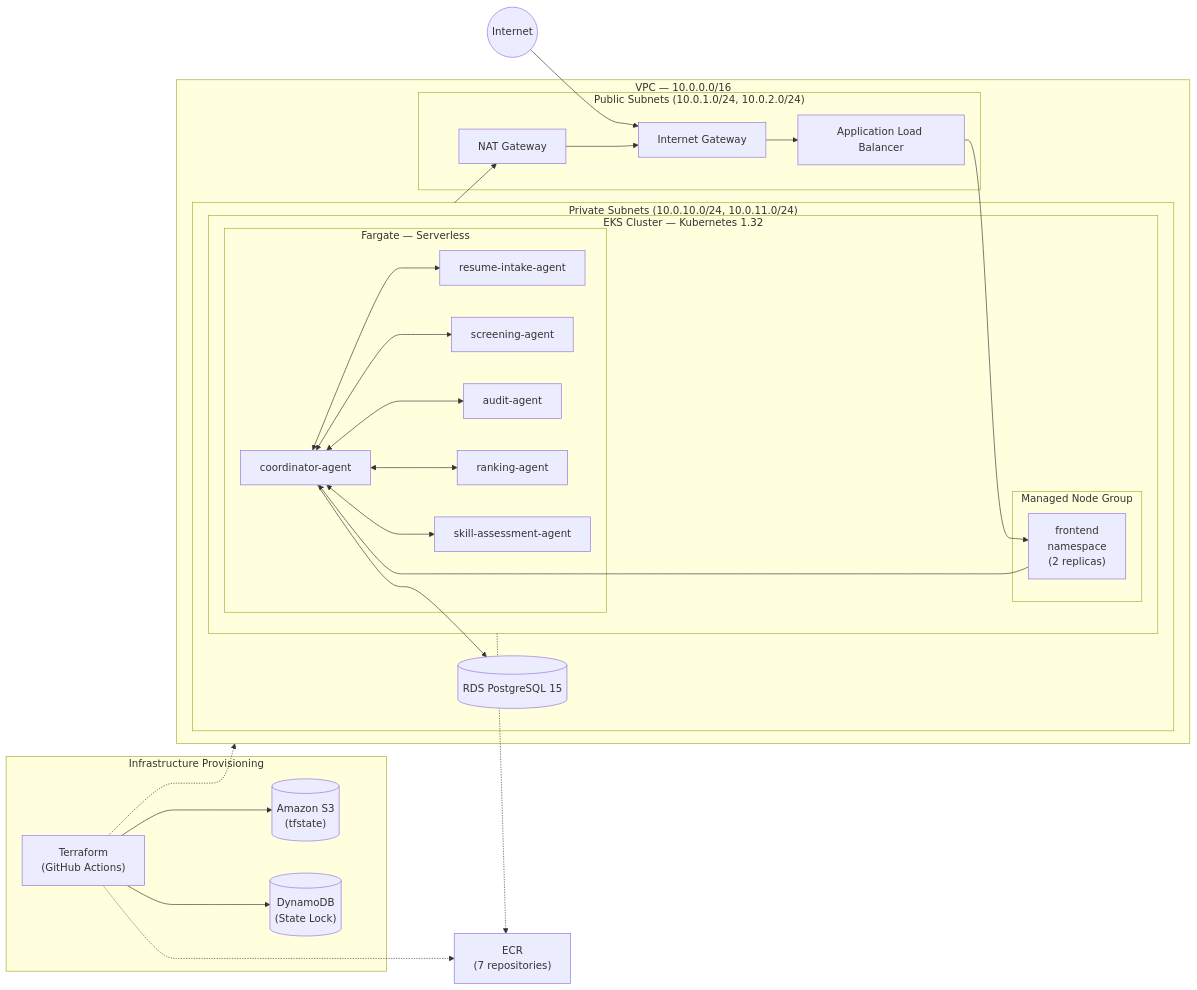
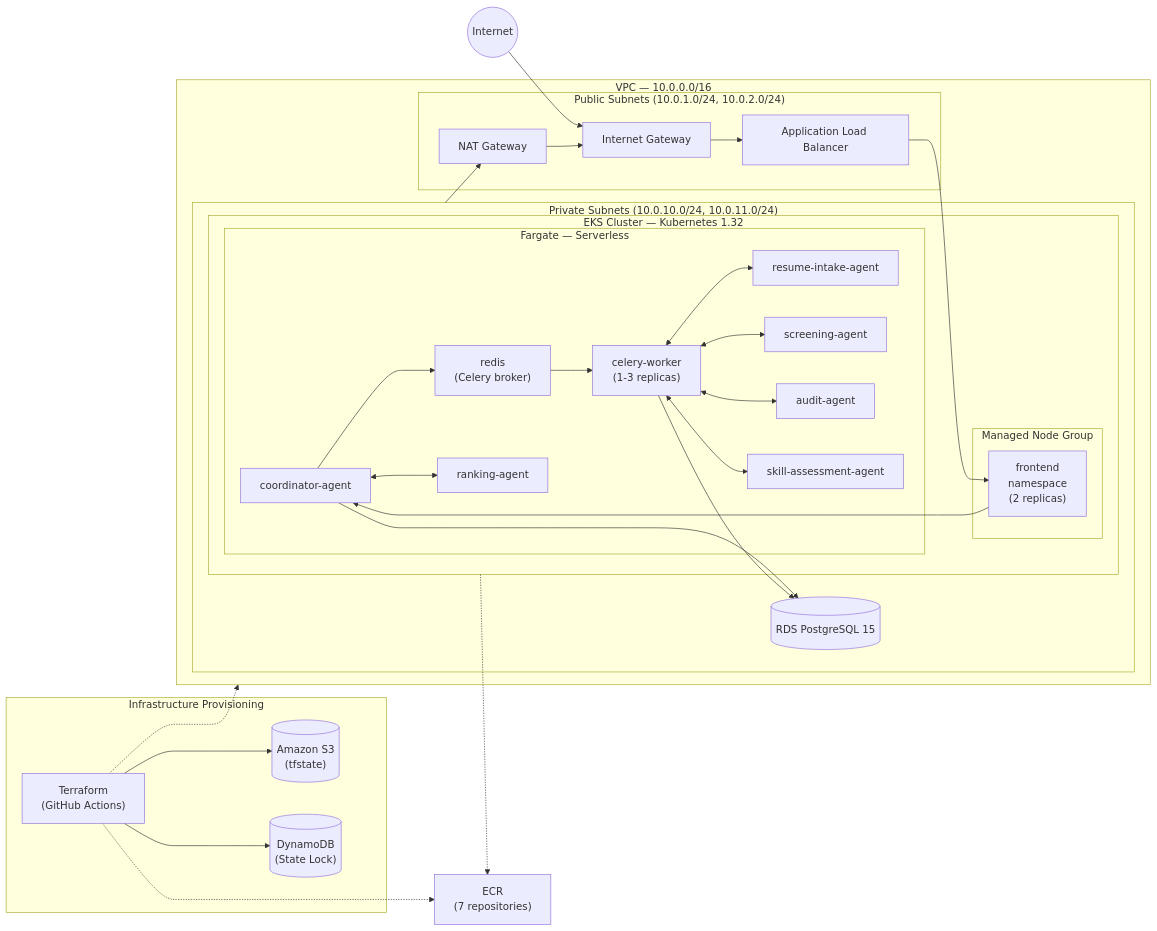
Before and after one commit to NUS-ISS-T20-GCAAS/agent-based-hiring-system: the first of 2 diagrams in infra/terraform/README.md, drawn with Mermaid. The commit also changed other lines of this file and 17 other files, not shown here.

````diff
--- a/infra/terraform/README.md
+++ b/infra/terraform/README.md
@@ -46,51 +48,56 @@
 ```mermaid
 graph LR
     subgraph Provisioning["Infrastructure Provisioning"]
         TF["Terraform<br/>(GitHub Actions)"] --> S3[("Amazon S3<br/>(tfstate)")]
         TF --> DDB[("DynamoDB<br/>(State Lock)")]
     end
 
     Internet((Internet))
     ECR["ECR<br/>(7 repositories)"]
 
     subgraph VPC["VPC — 10.0.0.0/16"]
         subgraph PubSub["Public Subnets (10.0.1.0/24, 10.0.2.0/24)"]
             IGW[Internet Gateway]
             ALB[Application Load Balancer]
             NAT[NAT Gateway]
         end
 
         subgraph PrivSub["Private Subnets (10.0.10.0/24, 10.0.11.0/24)"]
             subgraph EKS["EKS Cluster — Kubernetes 1.32"]
                 subgraph NodeGroup["Managed Node Group"]
                     FE["frontend<br/>namespace<br/>(2 replicas)"]
                 end
                 subgraph Fargate["Fargate — Serverless"]
                     COORD["coordinator-agent"]
+                    WORKER["celery-worker<br/>(1-3 replicas)"]
+                    REDIS["redis<br/>(Celery broker)"]
                     RESUME["resume-intake-agent"]
                     SCREEN["screening-agent"]
                     AUDIT["audit-agent"]
                     RANKING["ranking-agent"]
                     SKILL["skill-assessment-agent"]
                 end
             end
             RDS[("RDS PostgreSQL 15")]
         end
     end
 
     TF -.-> VPC
     TF -.-> ECR
 
     Internet --> IGW --> ALB --> FE
     FE --> COORD
     
+    COORD --> REDIS
+    REDIS --> WORKER
     COORD --> RDS
-    COORD <--> RESUME
-    COORD <--> SCREEN
-    COORD <--> AUDIT
+    WORKER --> RDS
+    WORKER <--> RESUME
+    WORKER <--> SCREEN
+    WORKER <--> AUDIT
+    WORKER <--> SKILL
     COORD <--> RANKING
-    COORD <--> SKILL
     
     PrivSub --> NAT --> IGW
     EKS -.-> ECR
 ```
````
